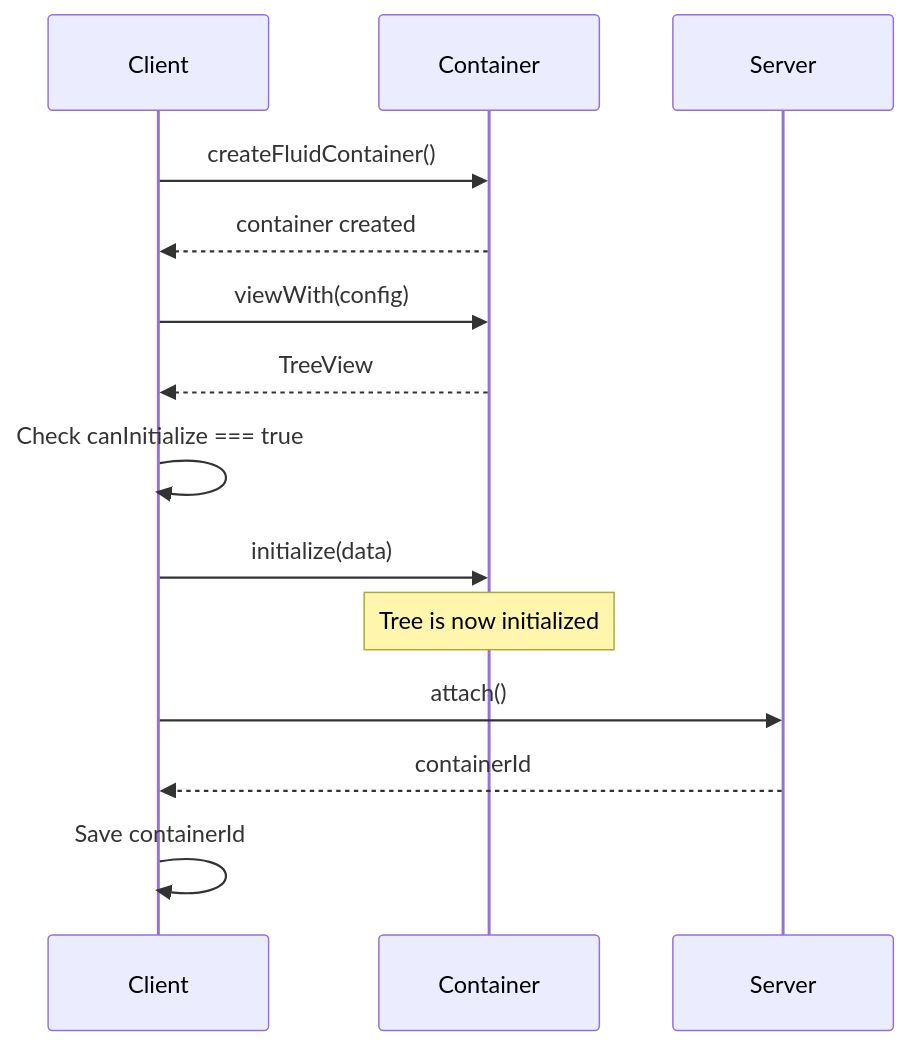
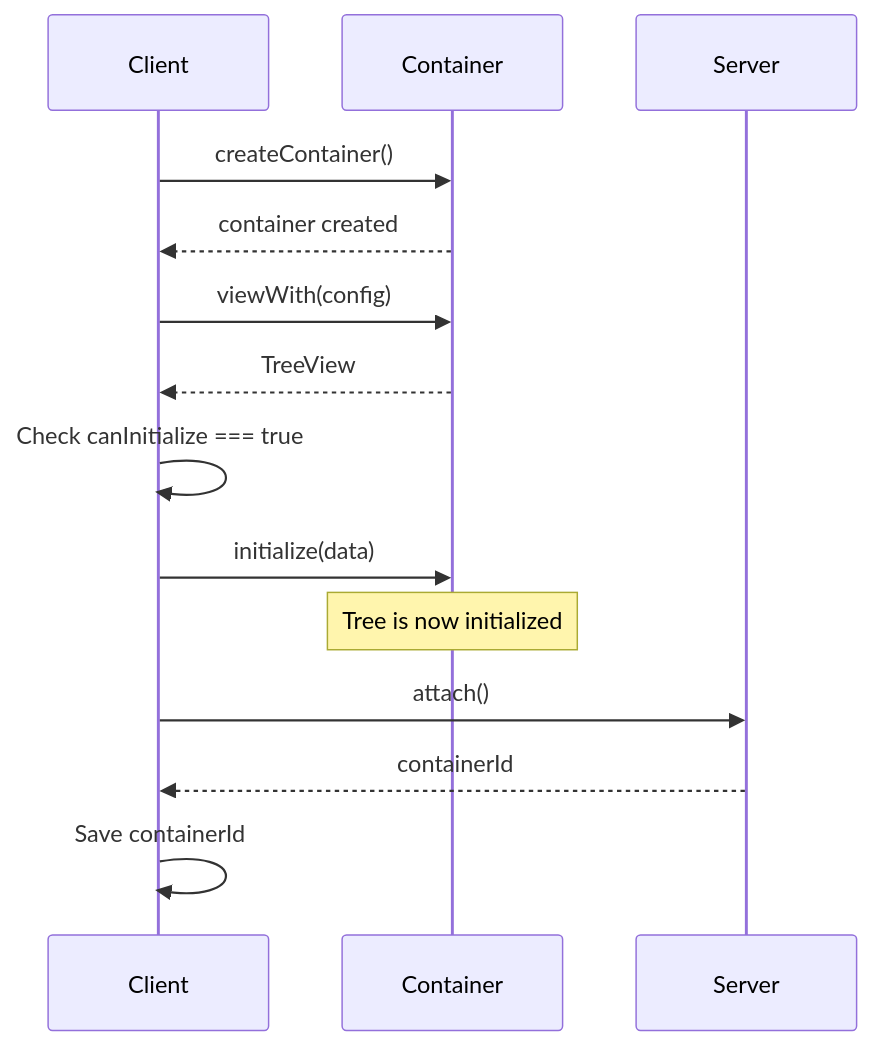
Before and after one commit to microsoft/FluidFramework: the first of 2 diagrams in docs/docs/data-structures/tree/recommended-init-flow.mdx, drawn with Mermaid. The commit also changed other lines of this file, not shown here.

````diff
--- a/docs/docs/data-structures/tree/recommended-init-flow.mdx
+++ b/docs/docs/data-structures/tree/recommended-init-flow.mdx
@@ -31,17 +31,17 @@
 ```mermaid
 sequenceDiagram
     participant Client as Client
     participant Container
     participant Server
 
-    Client->>Container: createFluidContainer()
+    Client->>Container: createContainer()
     Container-->>Client: container created
     Client->>Container: viewWith(config)
     Container-->>Client: TreeView
     Client->>Client: Check canInitialize === true
     Client->>Container: initialize(data)
     Note over Container: Tree is now initialized
     Client->>Server: attach()
     Server-->>Client: containerId
     Client->>Client: Save containerId
 ```
````
